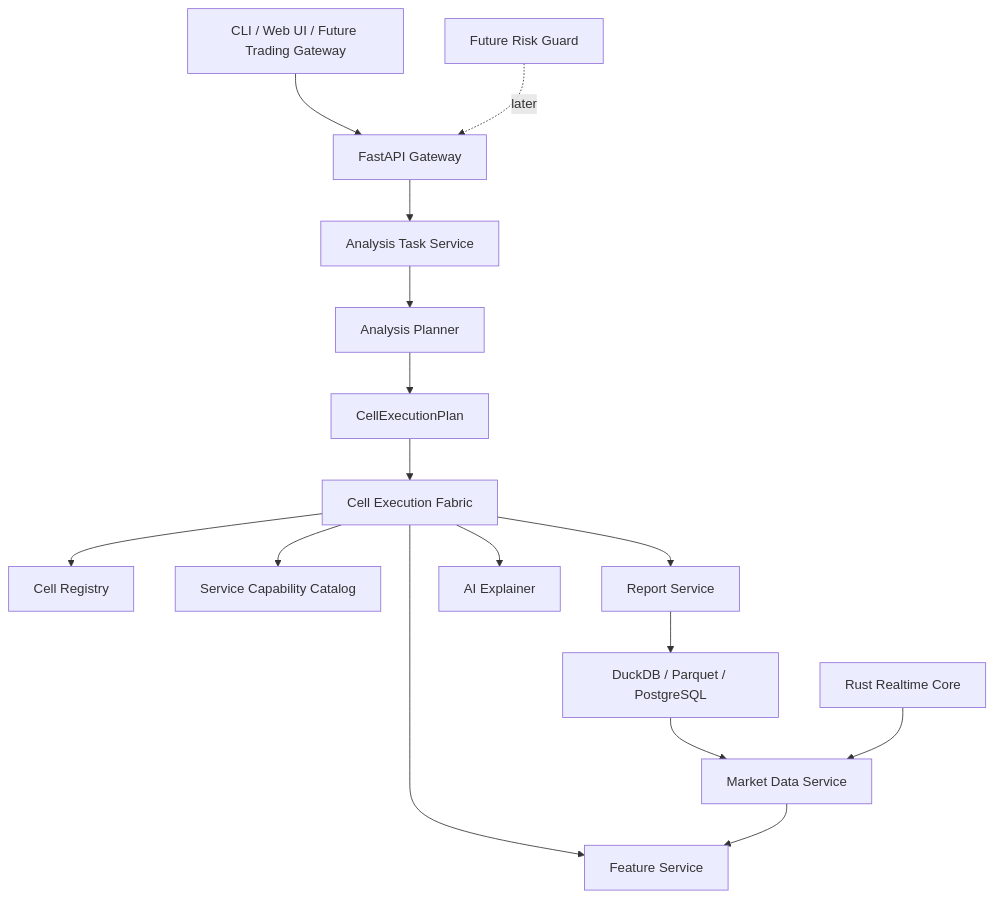
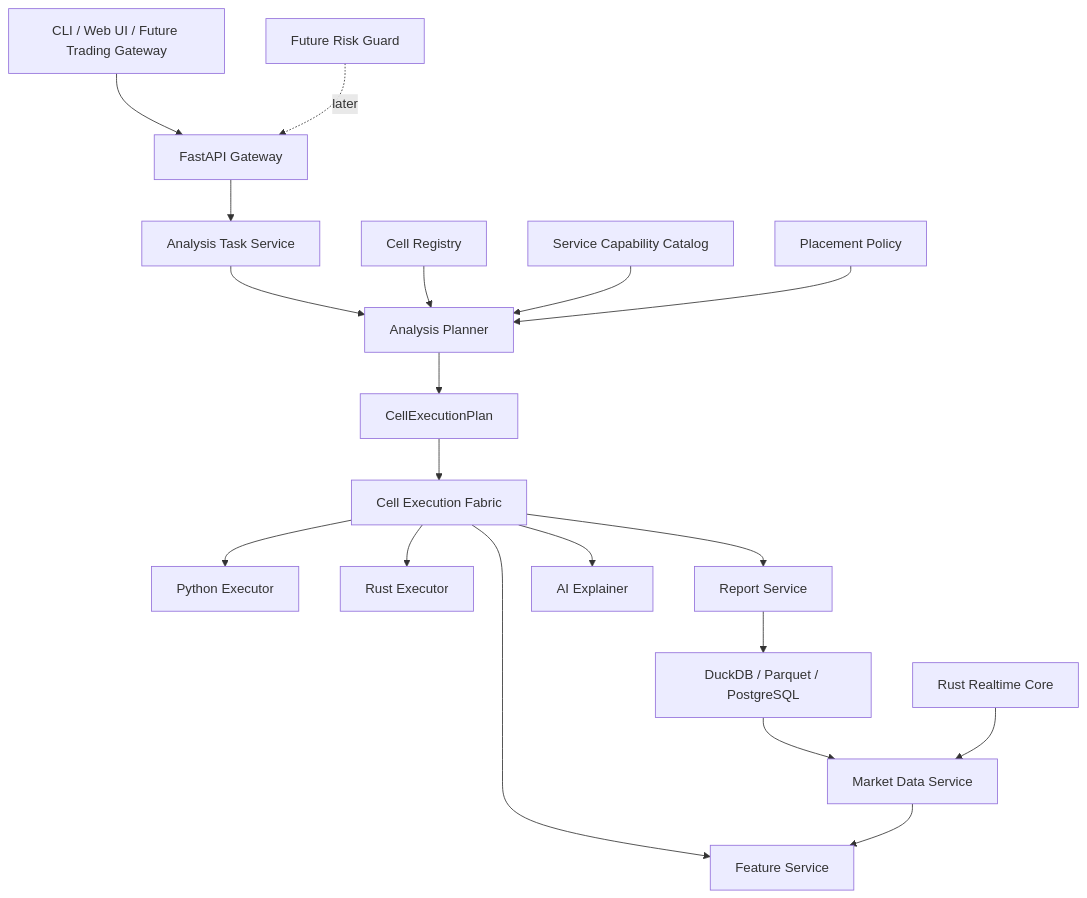
One commit to ModWU/market-cell changed the first of 4 diagrams in docs/backend_architecture.md. Above: the diagram before and after it, drawn with Mermaid. The commit also changed other lines of this file and 14 other files, not shown here.

Commit message:
Refactor architecture documentation baseline

````diff
--- a/docs/backend_architecture.md
+++ b/docs/backend_architecture.md
@@ -33,20 +33,23 @@
 ```mermaid
 flowchart TD
     Client["CLI / Web UI / Future Trading Gateway"] --> API["FastAPI Gateway"]
     API --> Task["Analysis Task Service"]
     Task --> Planner["Analysis Planner"]
+    Registry["Cell Registry"] --> Planner
+    Catalog["Service Capability Catalog"] --> Planner
+    Policy["Placement Policy"] --> Planner
     Planner --> Plan["CellExecutionPlan"]
     Plan --> Runtime["Cell Execution Fabric"]
-    Runtime --> Registry["Cell Registry"]
-    Runtime --> Catalog["Service Capability Catalog"]
+    Runtime --> PyExecutor["Python Executor"]
+    Runtime --> RustExecutor["Rust Executor"]
     Runtime --> Feature["Feature Service"]
     Runtime --> Report["Report Service"]
     Runtime --> AI["AI Explainer"]
 
     Data["Market Data Service"] --> Feature
     Storage["DuckDB / Parquet / PostgreSQL"] --> Data
     Report --> Storage
 
     Rust["Rust Realtime Core"] --> Data
     Risk["Future Risk Guard"] -. later .-> API
 ```
````
